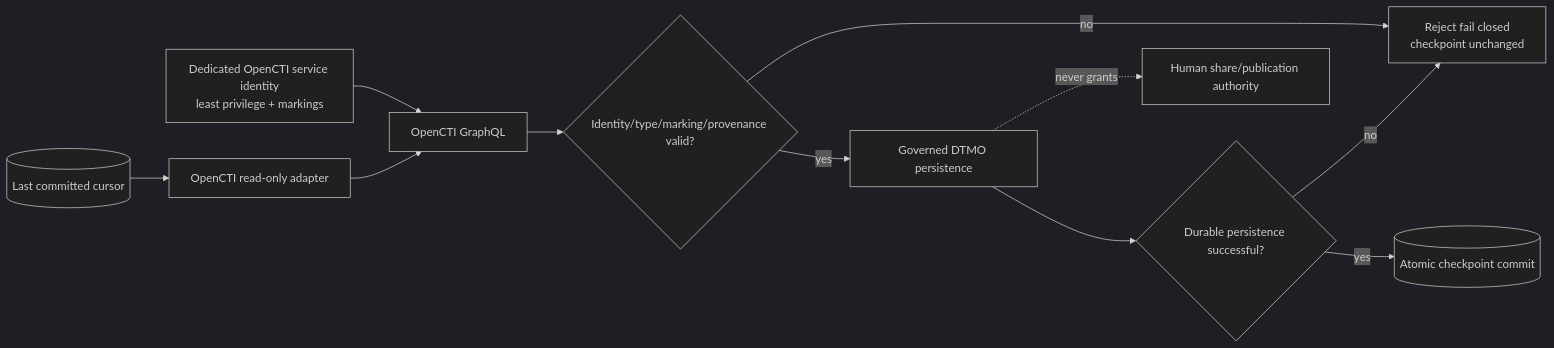
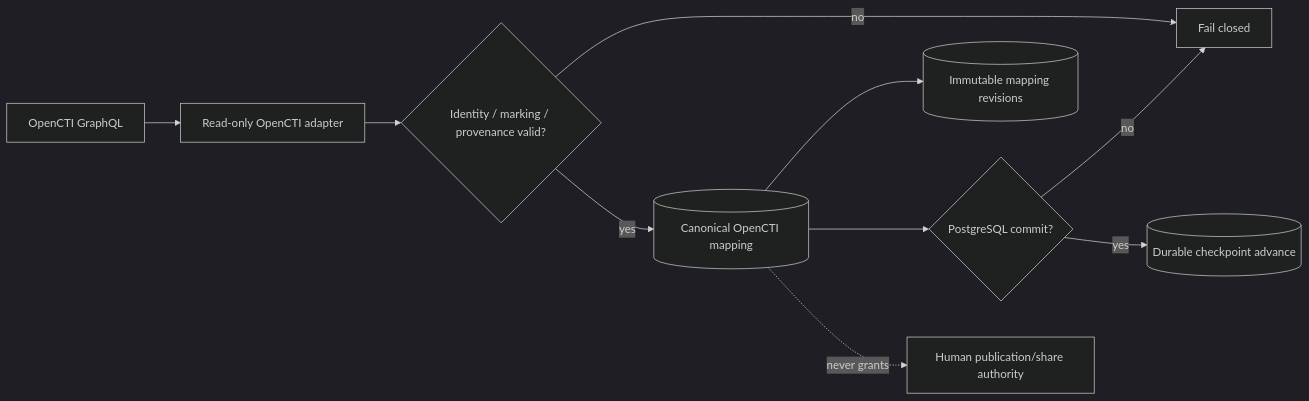
One commit to GJvManen/dtmo changed the diagram in docs/project/CURRENT_STATE.md. Above: the diagram before and after it, drawn with Mermaid (dark theme). The commit also changed other lines of this file, not shown here.

Commit message:
Phase 11.4: advance current state to OpenCTI persistence validation

````diff
--- a/docs/project/CURRENT_STATE.md
+++ b/docs/project/CURRENT_STATE.md
@@ -51,13 +50,12 @@
 ```mermaid
 flowchart LR
-    C[(Last committed cursor)] --> A[OpenCTI read-only adapter]
-    I[Dedicated OpenCTI service identity\nleast privilege + markings] --> O[OpenCTI GraphQL]
-    A --> O
-    O --> V{Identity/type/marking/provenance valid?}
-    V -->|no| X[Reject fail closed\ncheckpoint unchanged]
-    V -->|yes| P[Governed DTMO persistence]
-    P --> K{Durable persistence successful?}
-    K -->|no| X
-    K -->|yes| N[(Atomic checkpoint commit)]
-    P -. never grants .-> S[Human share/publication authority]
+    O[OpenCTI GraphQL] --> A[Read-only OpenCTI adapter]
+    A --> V{Identity / marking / provenance valid?}
+    V -->|no| X[Fail closed]
+    V -->|yes| M[(Canonical OpenCTI mapping)]
+    M --> R[(Immutable mapping revisions)]
+    M --> D{PostgreSQL commit?}
+    D -->|no| X
+    D -->|yes| C[(Durable checkpoint advance)]
+    M -. never grants .-> S[Human publication/share authority]
 ```
````
